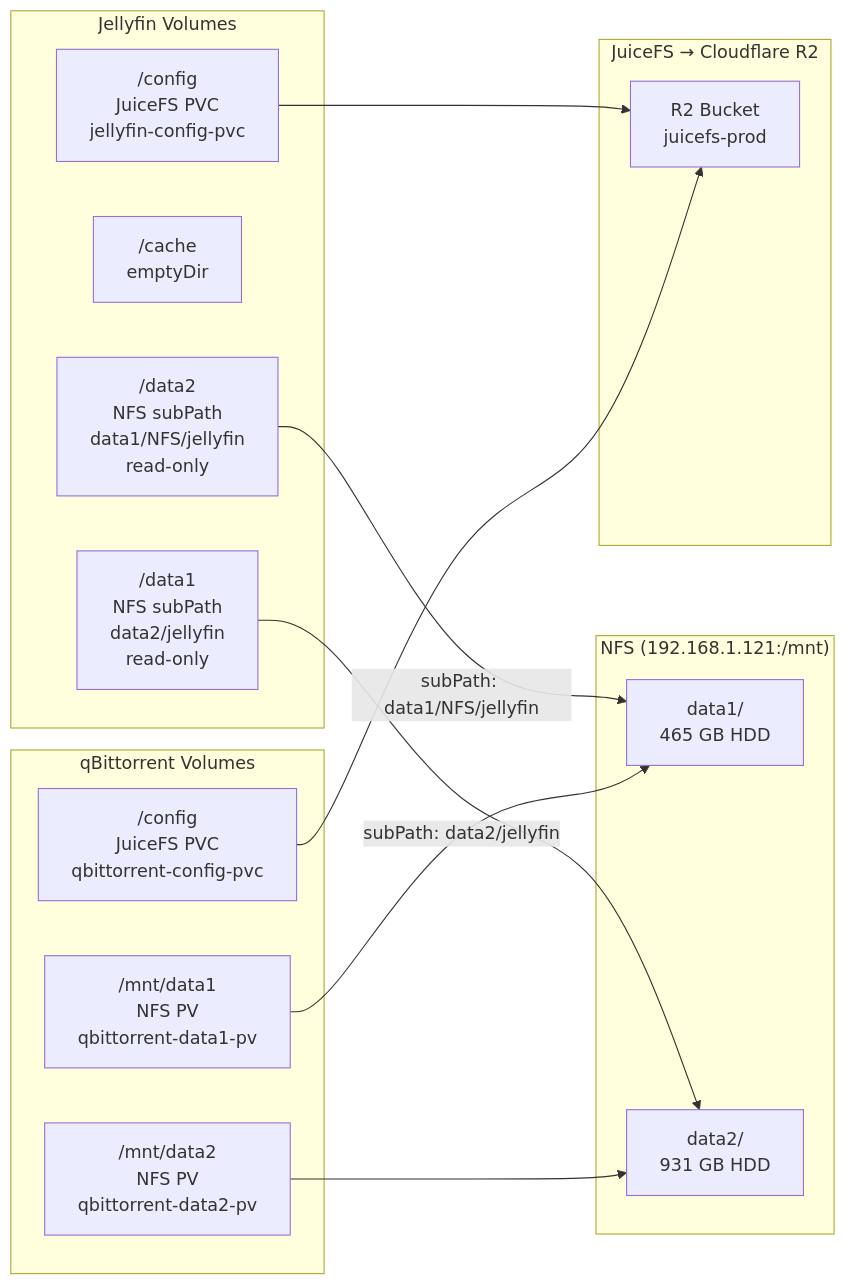
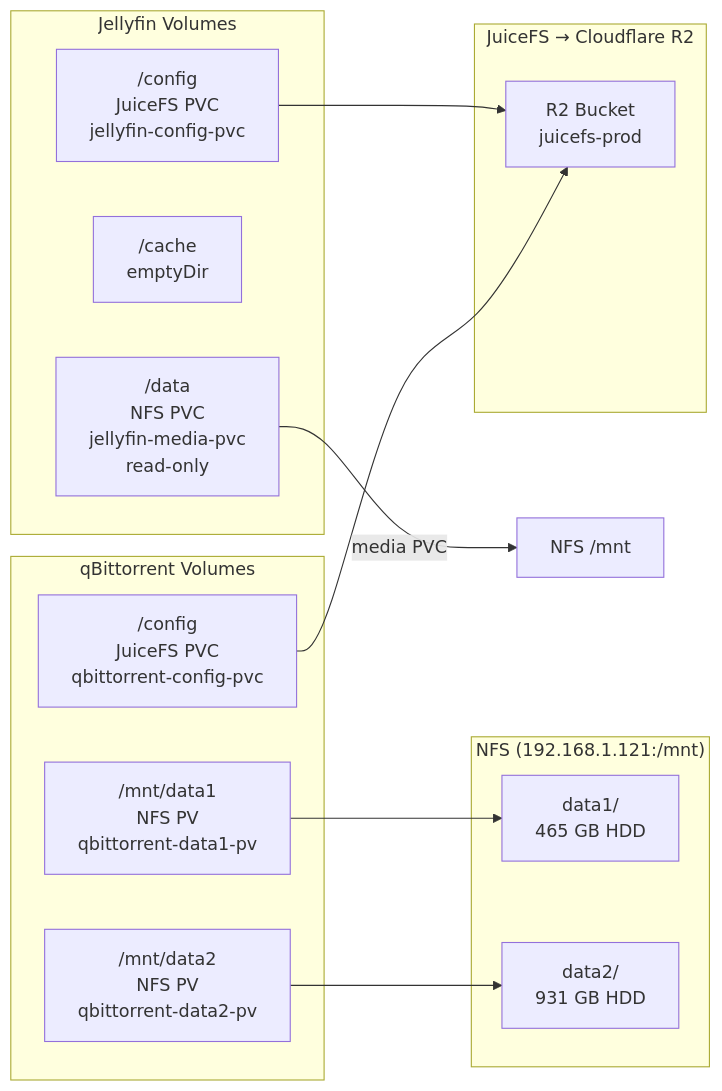
One commit to ngodat0103/dev-oops changed the second of 2 diagrams in README.md. Above: the diagram before and after it, drawn with Mermaid. The commit also changed other lines of this file, not shown here.

Commit message:
docs: update Jellyfin storage mapping to reflect single media PVC
The StatefulSet was updated to mount media via a single `jellyfin-media-pvc`
(NFS PV binding directly to /mnt on ubuntu-server) instead of the previous
two separate subPath mounts (/data1 and /data2). Updated the Per-Workload
Storage Mapping flowchart and Overall Storage Topology diagram in README.md
to match the actual StatefulSet definition.

````diff
--- a/README.md
+++ b/README.md
@@ -407,32 +407,30 @@
 ```mermaid
 flowchart LR
     subgraph jellyfin_vol ["Jellyfin Volumes"]
         jcfg["/config\nJuiceFS PVC\njellyfin-config-pvc"]
         jcache["/cache\nemptyDir"]
-        jdata1["/data1\nNFS subPath\ndata2/jellyfin\nread-only"]
-        jdata2["/data2\nNFS subPath\ndata1/NFS/jellyfin\nread-only"]
+        jdata["/data\nNFS PVC\njellyfin-media-pvc\nread-only"]
     end
 
     subgraph qbt_vol ["qBittorrent Volumes"]
         qcfg["/config\nJuiceFS PVC\nqbittorrent-config-pvc"]
         qdata1["/mnt/data1\nNFS PV\nqbittorrent-data1-pv"]
         qdata2["/mnt/data2\nNFS PV\nqbittorrent-data2-pv"]
     end
 
     subgraph nfs_disks ["NFS (192.168.1.121:/mnt)"]
         disk1["data1/\n465 GB HDD"]
         disk2["data2/\n931 GB HDD"]
     end
 
     subgraph juicefs_backend ["JuiceFS → Cloudflare R2"]
         r2["R2 Bucket\njuicefs-prod"]
     end
 
     jcfg --> r2
     qcfg --> r2
 
-    jdata1 -->|"subPath: data2/jellyfin"| disk2
-    jdata2 -->|"subPath: data1/NFS/jellyfin"| disk1
+    jdata -->|"media PVC"| nfs_share["NFS /mnt"]
     qdata1 --> disk1
     qdata2 --> disk2
 ```
````
